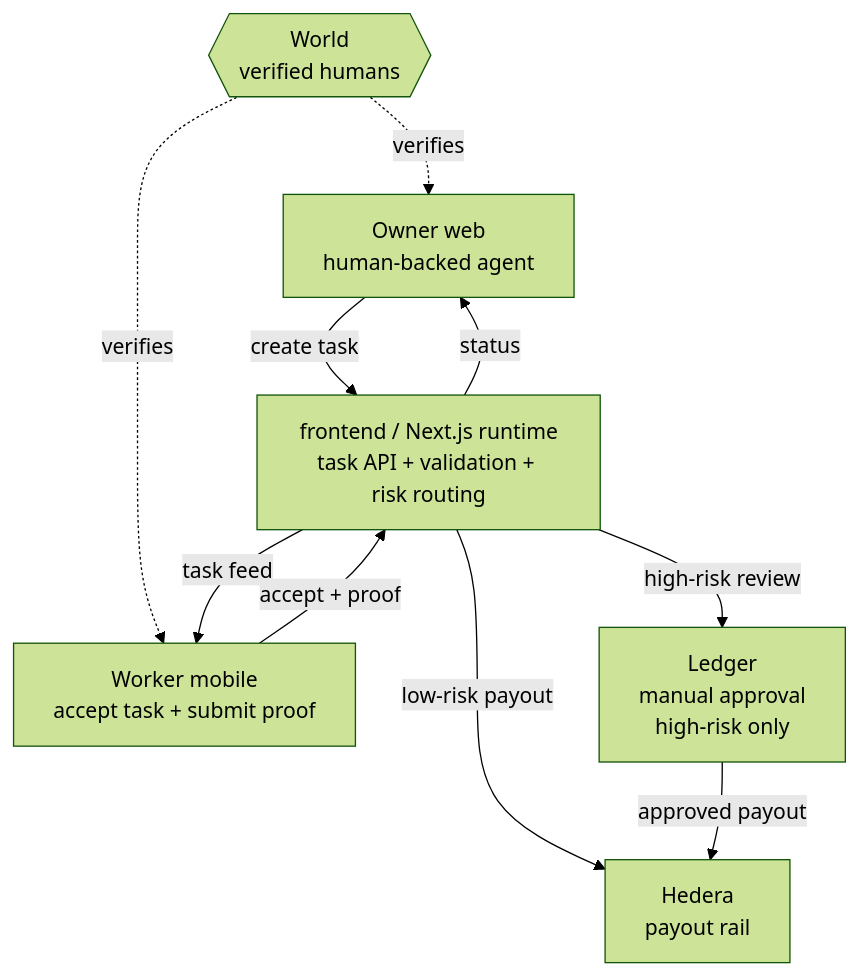
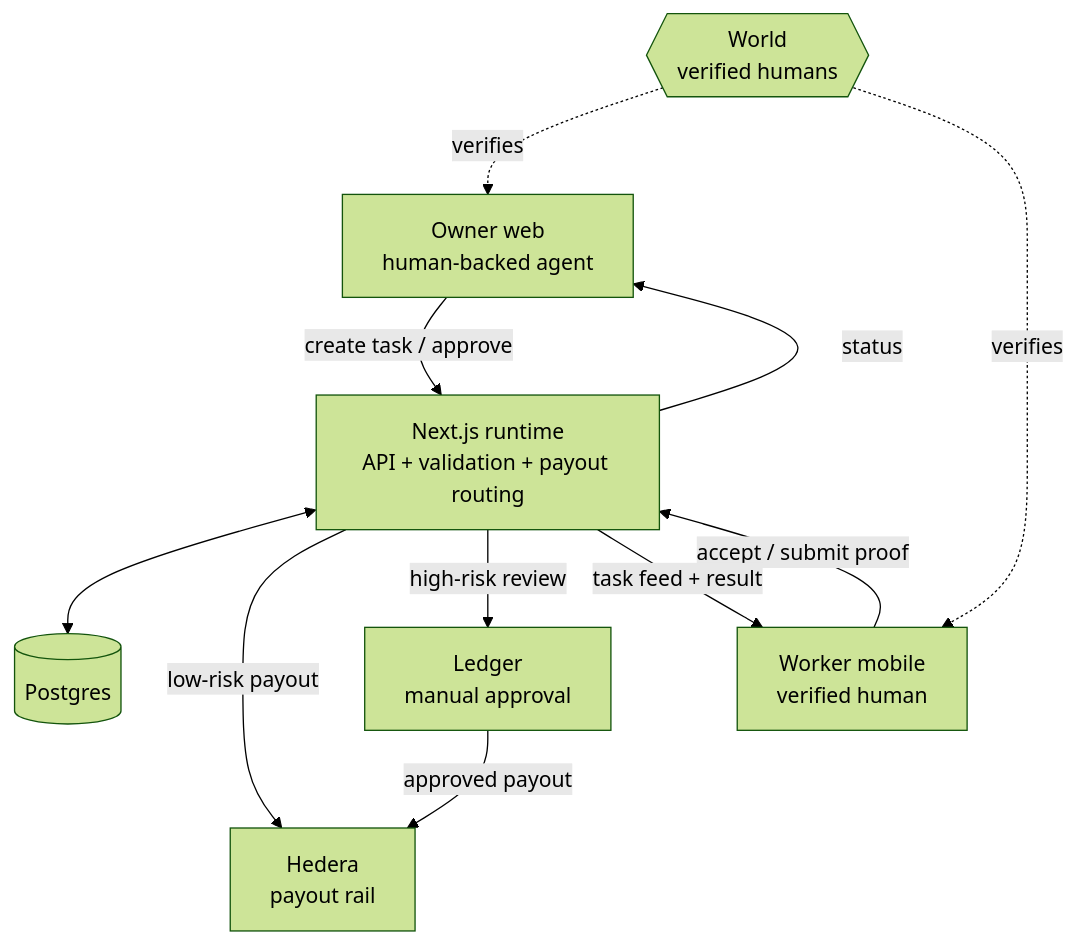
Before and after one commit to Basamasa/edgebind-oracle: the first of 2 diagrams in docs/architecture.md, drawn with Mermaid (forest theme). The commit also changed other lines of this file and 11 other files, not shown here.

Commit message:
Polish live task flow and docs

````diff
--- a/docs/architecture.md
+++ b/docs/architecture.md
@@ -5,22 +7,22 @@
 ```mermaid
 flowchart TD
     World{{World<br/>verified humans}}
     Owner[Owner web<br/>human-backed agent]
-    Runtime[frontend / Next.js runtime<br/>task API + validation + risk routing]
-    Worker[Worker mobile<br/>accept task + submit proof]
-    Ledger[Ledger<br/>manual approval<br/>high-risk only]
+    Runtime[Next.js runtime<br/>API + validation + payout routing]
+    DB[(Postgres)]
+    Worker[Worker mobile<br/>verified human]
+    Ledger[Ledger<br/>manual approval]
     Hedera[Hedera<br/>payout rail]
 
     World -. verifies .-> Owner
     World -. verifies .-> Worker
 
-    Owner -->|create task| Runtime
-    Runtime -->|status| Owner
-
-    Runtime -->|task feed| Worker
-    Worker -->|accept + proof| Runtime
-
+    Owner -->|create task / approve| Runtime
+    Worker -->|accept / submit proof| Runtime
+    Runtime <--> DB
     Runtime -->|low-risk payout| Hedera
     Runtime -->|high-risk review| Ledger
     Ledger -->|approved payout| Hedera
+    Runtime -->|status| Owner
+    Runtime -->|task feed + result| Worker
 ```
````
